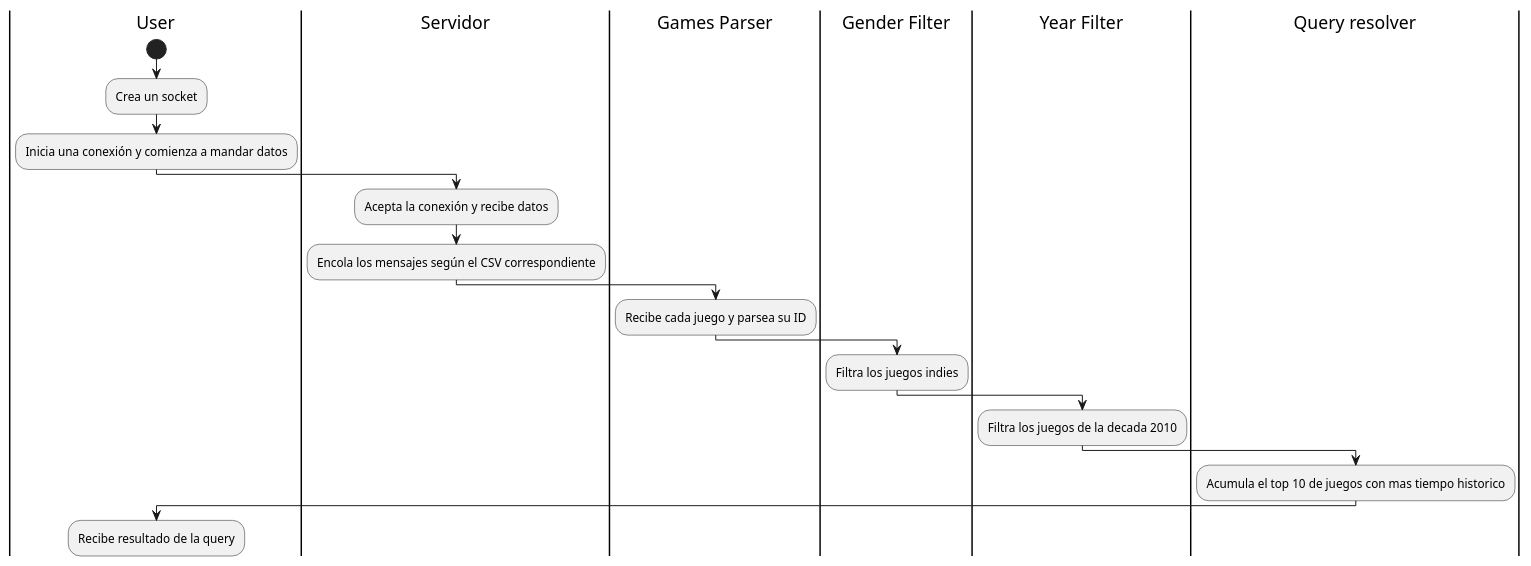
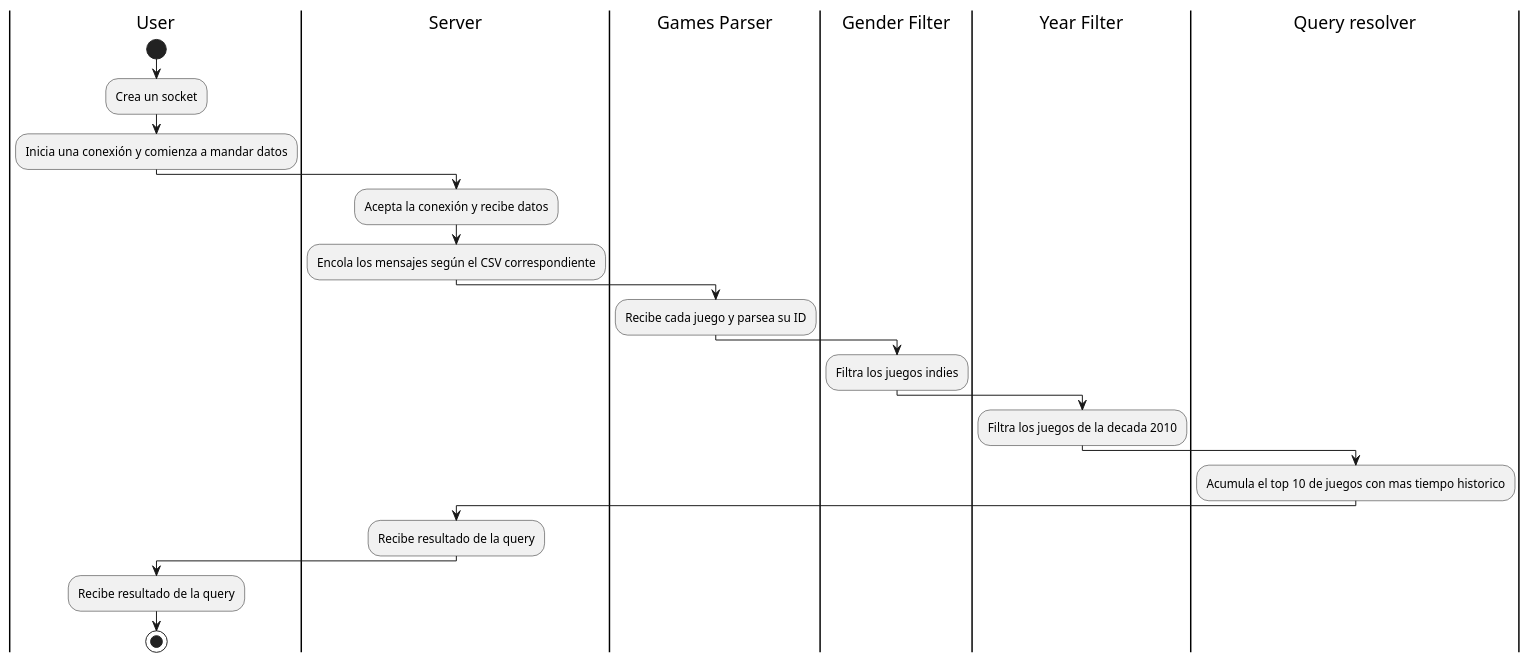
The diagram in diagrams/activity/query2.puml (AbrahamOsco/TP1-Distribuidos), drawn with PlantUML before and after one commit. The commit also changed 4 other files, not shown here.

Commit message:
feat: updated activity diagrams

```diff
--- a/diagrams/activity/query2.puml
+++ b/diagrams/activity/query2.puml
@@ -1,20 +1,23 @@
 @startuml
 |User|
 start
 :Crea un socket;
 :Inicia una conexión y comienza a mandar datos;
 
-|Servidor|
+|Server|
 :Acepta la conexión y recibe datos;
 :Encola los mensajes según el CSV correspondiente;
    |Games Parser|
    :Recibe cada juego y parsea su ID;
    |Gender Filter|
    :Filtra los juegos indies;
    |Year Filter|
    :Filtra los juegos de la decada 2010;
    |Query resolver|
    :Acumula el top 10 de juegos con mas tiempo historico;
+   |Server|
+   :Recibe resultado de la query;
    |User|
    :Recibe resultado de la query;
+Stop
 @enduml
```
